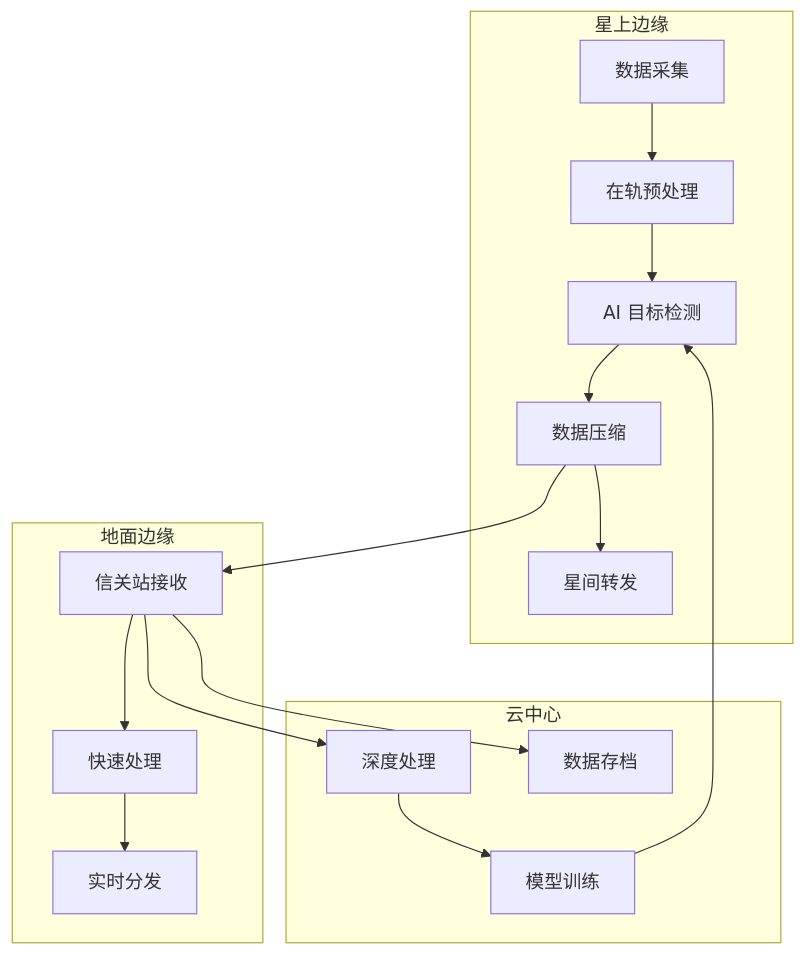
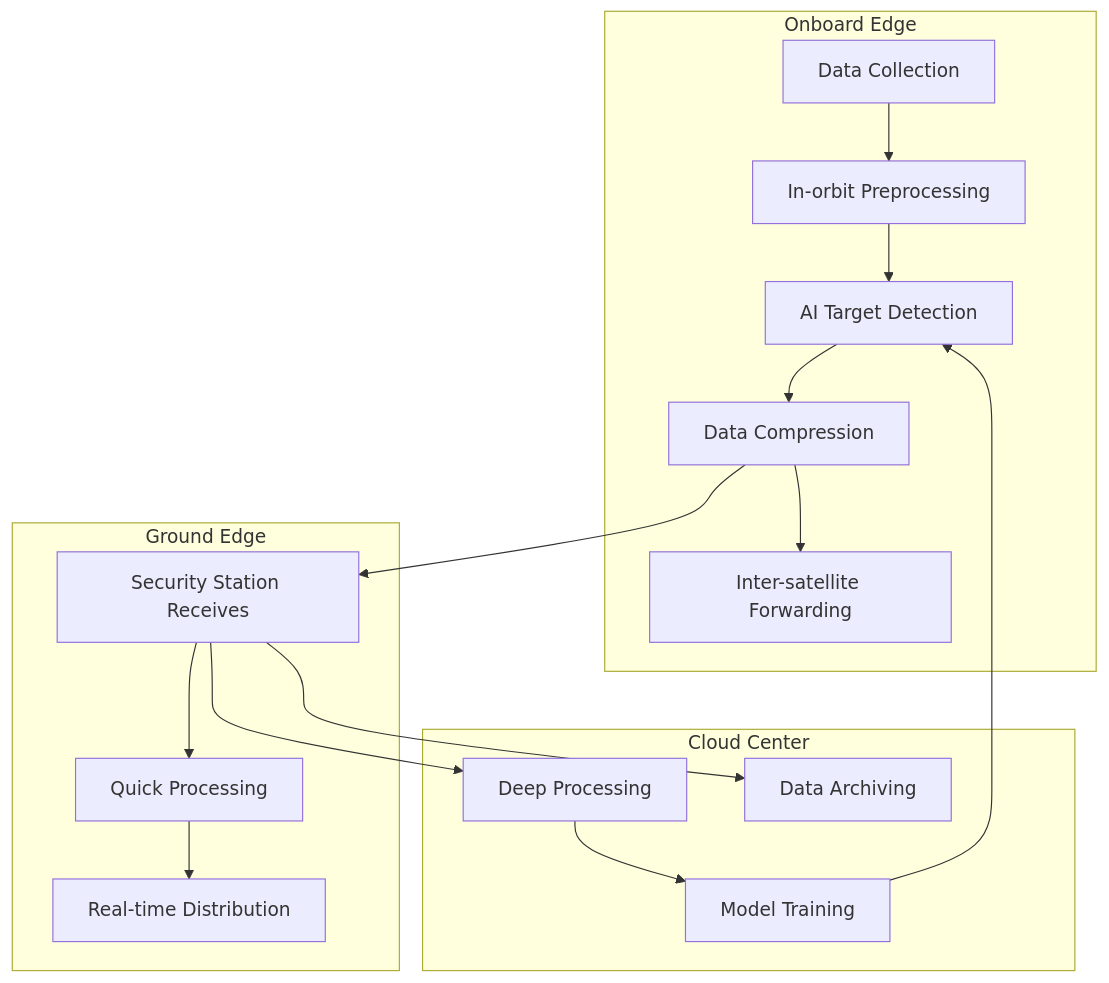
One commit to teaglebuilt/knowledge-tree changed the fourth of 4 diagrams in tree/application/architecture/space-internet.md. Above: the diagram before and after it, drawn with Mermaid. The commit also changed other lines of this file and 7 other files, not shown here.

````diff
--- a/tree/application/architecture/space-internet.md
+++ b/tree/application/architecture/space-internet.md
@@ -229,29 +229,29 @@
 ```mermaid
 graph TB
-    subgraph 星上边缘
-        E1[数据采集]
-        E2[在轨预处理]
-        E3[AI 目标检测]
-        E4[数据压缩]
-        E5[星间转发]
+    subgraph Onboard Edge
+        E1[Data Collection]
+        E2[In-orbit Preprocessing]
+        E3[AI Target Detection]
+        E4[Data Compression]
+        E5[Inter-satellite Forwarding]
     end
 
-    subgraph 地面边缘
-        G1[信关站接收]
-        G2[快速处理]
-        G3[实时分发]
+    subgraph Ground Edge
+        G1[Security Station Receives]
+        G2[Quick Processing]
+        G3[Real-time Distribution]
     end
 
-    subgraph 云中心
-        C1[深度处理]
-        C2[模型训练]
-        C3[数据存档]
+    subgraph Cloud Center
+        C1[Deep Processing]
+        C2[Model Training]
+        C3[Data Archiving]
     end
 
     E1 --> E2 --> E3 --> E4
     E4 --> E5
     E4 --> G1 --> G2 --> G3
     G1 --> C1 & C3
     C1 --> C2
     C2 --> E3
 ```
````
